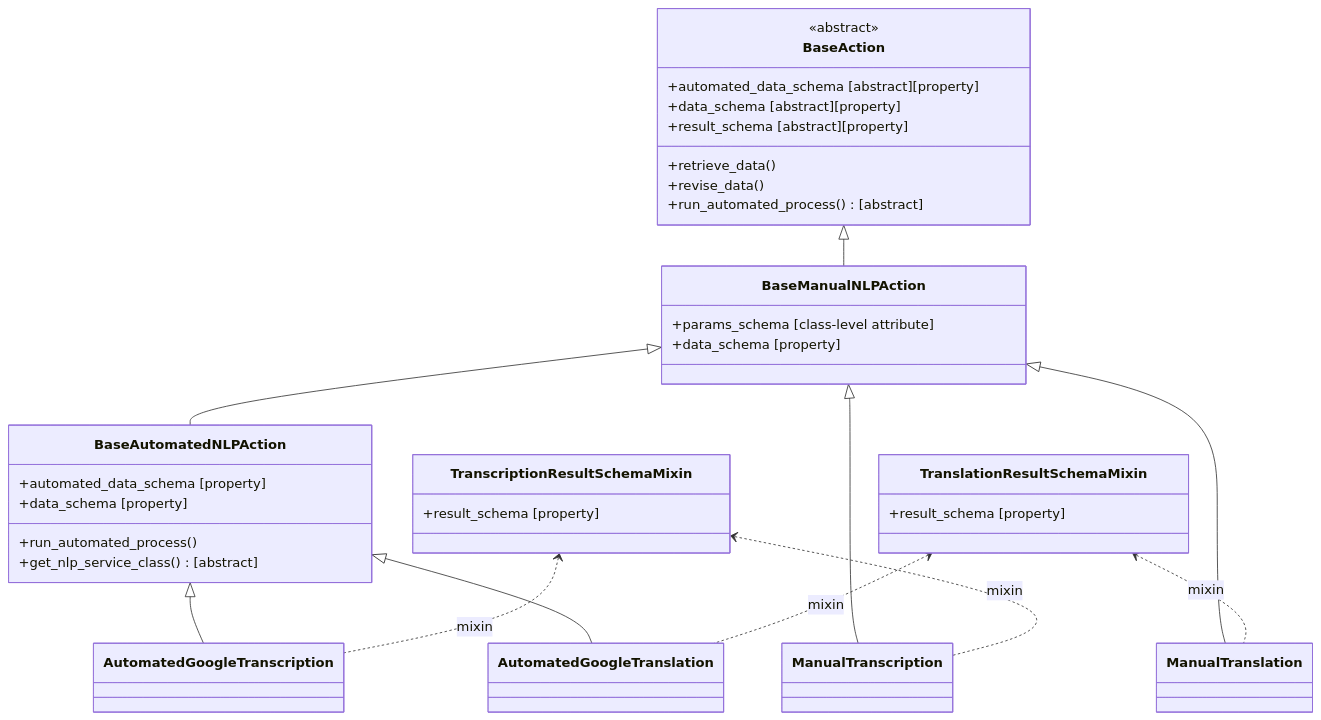
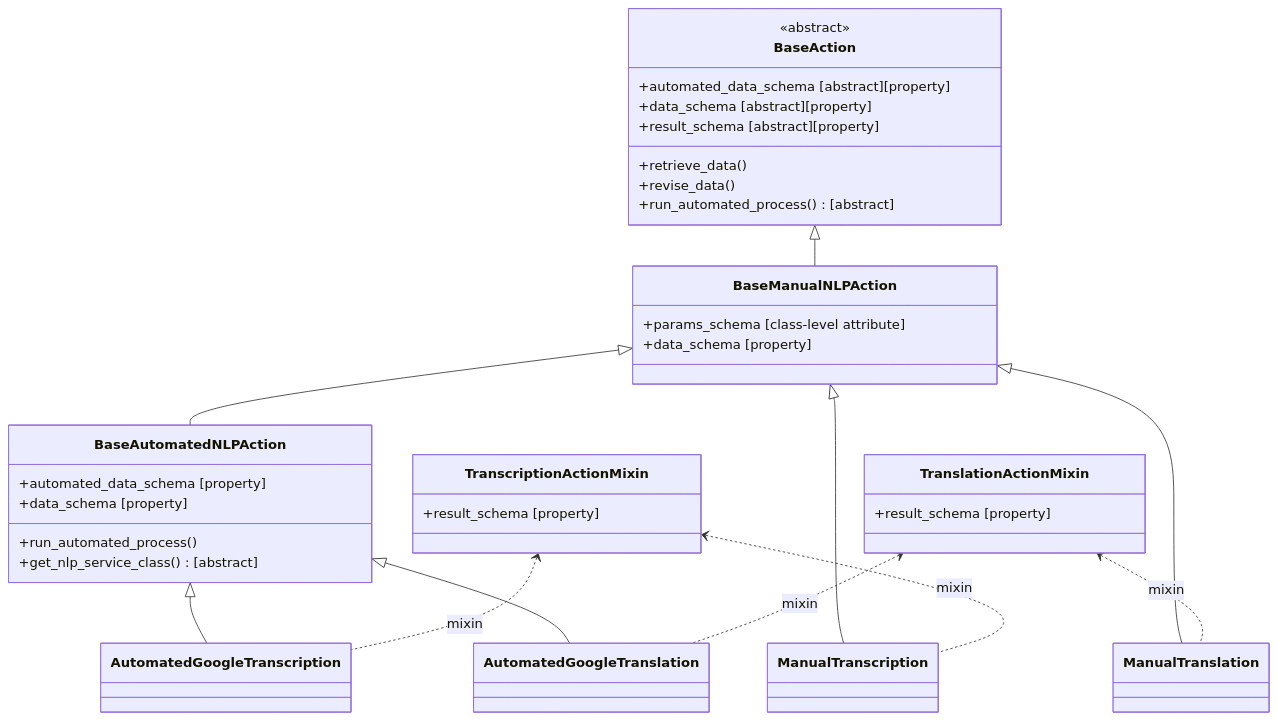
The first of 3 diagrams in kobo/apps/subsequences/README.md (kobotoolbox/kpi), drawn with Mermaid before and after one commit. The commit also changed 12 other files, not shown here.

````diff
--- a/kobo/apps/subsequences/README.md
+++ b/kobo/apps/subsequences/README.md
@@ -24,57 +24,57 @@
 ```mermaid
 classDiagram
 direction TB
 
 %% ==== Bases ====
 class BaseAction {
   <<abstract>>
   +automated_data_schema [abstract][property]
   +data_schema [abstract][property]
   +result_schema [abstract][property]
   +retrieve_data()
   +revise_data()
   +run_automated_process() [abstract]
 }
 
 class BaseManualNLPAction {
   +params_schema [class-level attribute]
   +data_schema [property]
 }
 
 class BaseAutomatedNLPAction {
   +automated_data_schema [property]
   +data_schema [property]
   +run_automated_process()
   +get_nlp_service_class() [abstract]
 }
 
 %% ==== Concrete ====
 class ManualTranscription
 class ManualTranslation
 class AutomatedGoogleTranscription
 class AutomatedGoogleTranslation
 
 %% ==== Mixins (provide result_schema) ====
-class TranscriptionResultSchemaMixin {
+class TranscriptionActionMixin {
   +result_schema [property]
 }
-class TranslationResultSchemaMixin {
+class TranslationActionMixin {
   +result_schema [property]
 }
 
 %% ==== Inheritance (bases) ====
 BaseAction <|-- BaseManualNLPAction
 BaseManualNLPAction <|-- BaseAutomatedNLPAction
 
 %% ==== Inheritance (concretes) ====
 BaseManualNLPAction <|-- ManualTranscription
 BaseManualNLPAction <|-- ManualTranslation
 BaseAutomatedNLPAction <|-- AutomatedGoogleTranscription
 BaseAutomatedNLPAction <|-- AutomatedGoogleTranslation
 
 %% ==== Mixins -> Concretes ====
-TranscriptionResultSchemaMixin <.. ManualTranscription : mixin
-TranscriptionResultSchemaMixin <.. AutomatedGoogleTranscription : mixin
-TranslationResultSchemaMixin  <.. ManualTranslation : mixin
-TranslationResultSchemaMixin  <.. AutomatedGoogleTranslation : mixin
+TranscriptionActionMixin <.. ManualTranscription : mixin
+TranscriptionActionMixin <.. AutomatedGoogleTranscription : mixin
+TranslationActionMixin  <.. ManualTranslation : mixin
+TranslationActionMixin  <.. AutomatedGoogleTranslation : mixin
 ```
````
